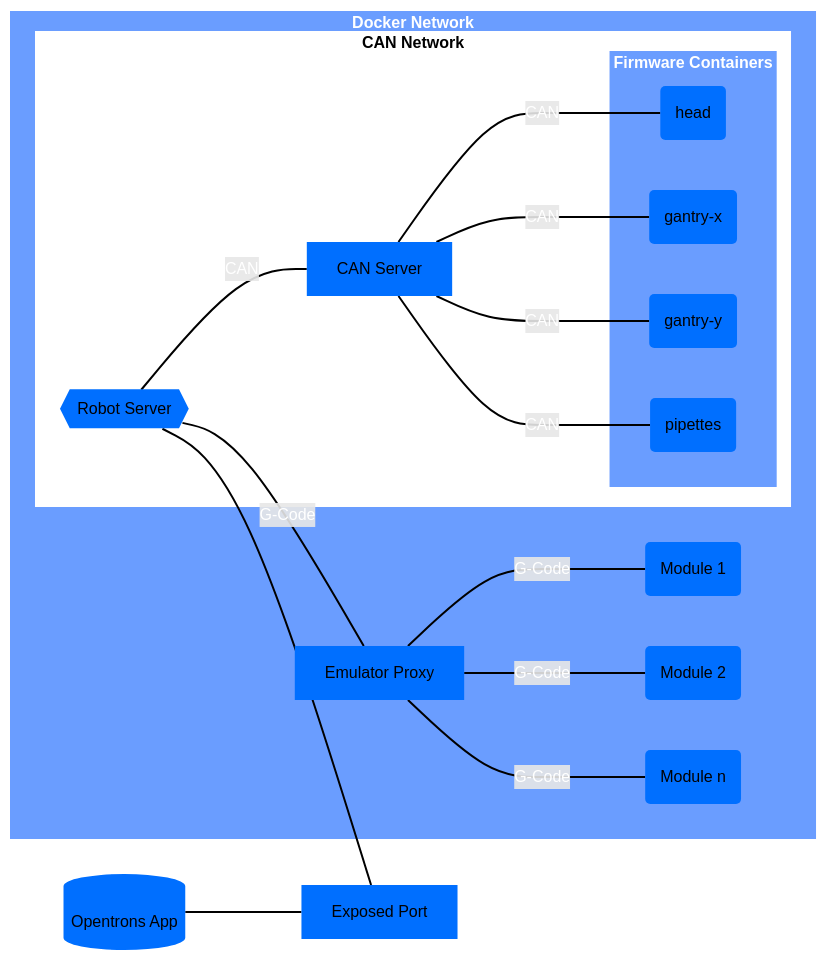
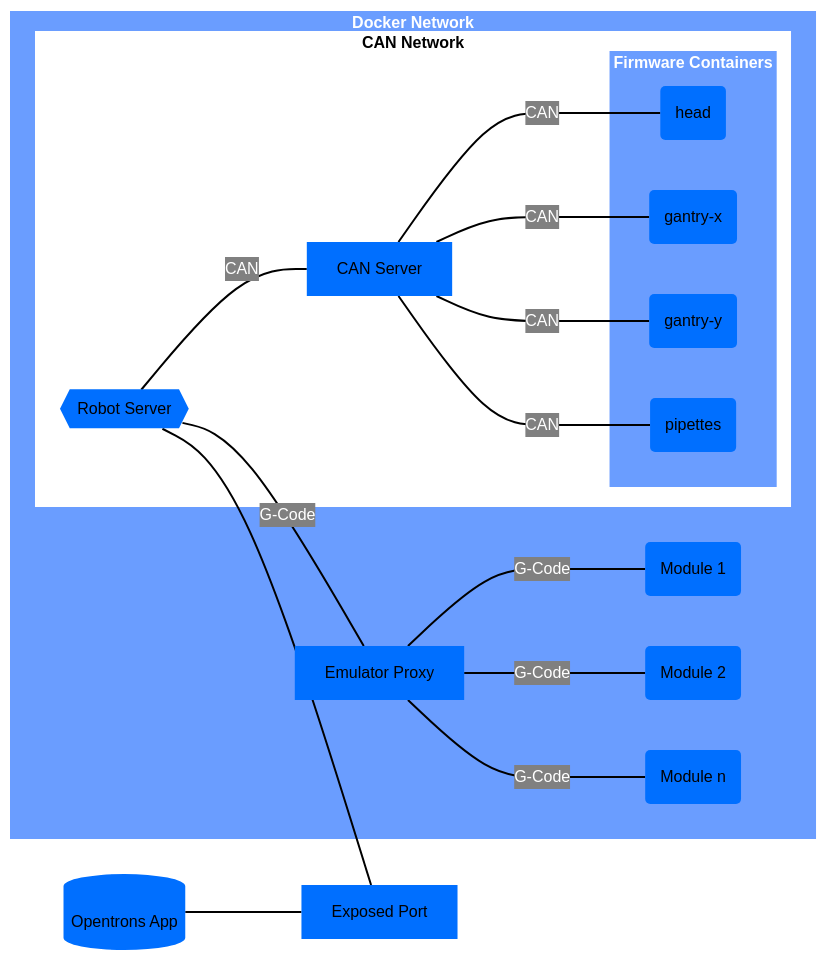
Before and after one commit to Opentrons/opentrons-emulation: the diagram in docs/ARCHITECTURE.md, drawn with Mermaid.

Commit message:
Add link label styling

````diff
--- a/docs/ARCHITECTURE.md
+++ b/docs/ARCHITECTURE.md
@@ -30,55 +30,57 @@
 ```mermaid
+%%{init: {'theme': 'base', 'themeVariables': { 'edgeLabelBackground': '#808080'}}}%%
+
 flowchart LR
     robot_server{{Robot Server}} --CAN--- can_server[CAN Server]
     robot_server --- exposed_port[Exposed Port]
     app[(Opentrons App)] --- exposed_port
     robot_server --"G-Code"--- emulator_proxy[Emulator Proxy]
 
     subgraph dn[Docker Network]
         
         robot_server
         can_server
         head
         gantry_x
         gantry_y
         pipettes
         module_1
         module_2
         module_n
         emulator_proxy
         subgraph cn[CAN Network]
             robot_server
             can_server
             head
             gantry_x
             gantry_y
             pipettes
                 subgraph fc [Firmware Containers]
                     head(head)
                     gantry_x(gantry-x)
                     gantry_y(gantry-y)
                     pipettes(pipettes)
                     
                 end
         end
     end
 
     can_server --CAN---- head(head)
     can_server --CAN---- gantry_x(gantry-x)
     can_server --CAN---- gantry_y(gantry-y)
     can_server --CAN---- pipettes(pipettes)
 
     emulator_proxy --G-Code---- module_1(Module 1)
     emulator_proxy --G-Code---- module_2(Module 2)
     emulator_proxy --G-Code---- module_n(Module n)
 
 
 classDef primarySubgraphStyle fill:#6a9dff,stroke-width:0px,color:white,font-weight:bold;
 classDef secondarySubgraphStyle fill:#ffffff,stroke-width:0px,color:black,font-weight:bold;
 class dn,fc primarySubgraphStyle;
 class cn secondarySubgraphStyle;
 
 classDef node fill:#006fff,color:#000000,stroke-width:0px;
 
-linkStyle default stroke:#000000,stroke-width:2px,color:white,background-color:black;
+linkStyle default stroke:#000000,stroke-width:2px,color:white;
 ```
````
